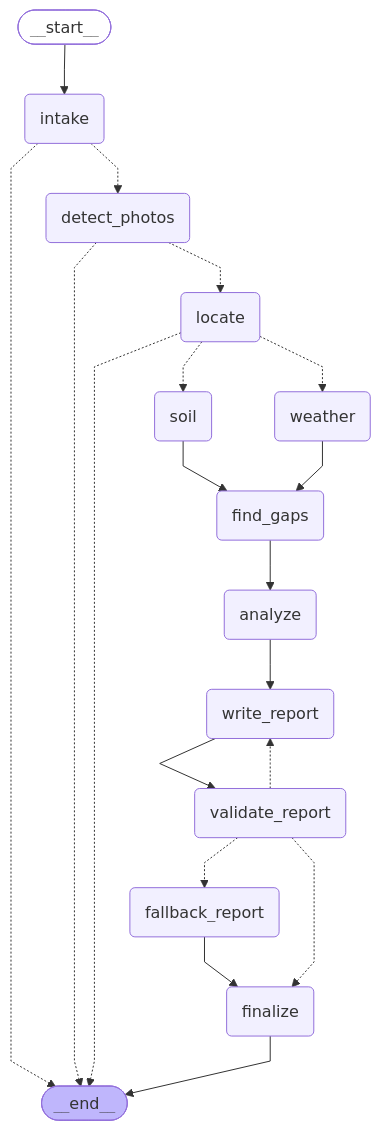
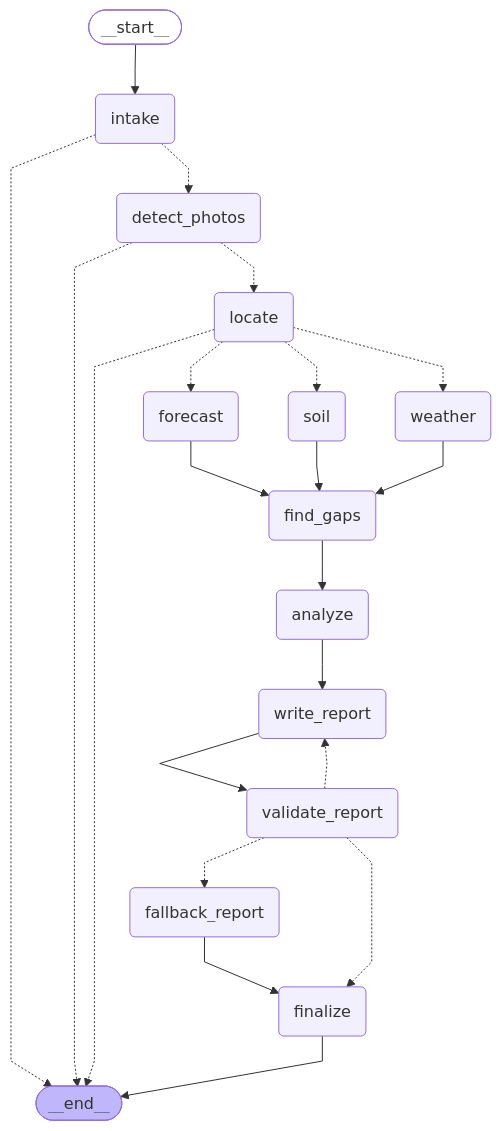
Before and after one commit to srujansrutha/GWD-workflow: the diagram in docs/field_report_graph.mmd, drawn with Mermaid. The commit also changed 10 other files, not shown here.

```diff
--- a/docs/field_report_graph.mmd
+++ b/docs/field_report_graph.mmd
@@ -1,40 +1,43 @@
 ---
 config:
   flowchart:
     curve: linear
 ---
 graph TD;
 	__start__([<p>__start__</p>]):::first
 	intake(intake)
 	detect_photos(detect_photos)
 	locate(locate)
 	weather(weather)
+	forecast(forecast)
 	soil(soil)
 	find_gaps(find_gaps)
 	analyze(analyze)
 	write_report(write_report)
 	validate_report(validate_report)
 	fallback_report(fallback_report)
 	finalize(finalize)
 	__end__([<p>__end__</p>]):::last
 	__start__ --> intake;
 	analyze --> write_report;
 	detect_photos -.-> __end__;
 	detect_photos -.-> locate;
 	fallback_report --> finalize;
 	find_gaps --> analyze;
+	forecast --> find_gaps;
 	intake -.-> __end__;
 	intake -.-> detect_photos;
 	locate -.-> __end__;
+	locate -.-> forecast;
 	locate -.-> soil;
 	locate -.-> weather;
 	soil --> find_gaps;
 	validate_report -.-> fallback_report;
 	validate_report -.-> finalize;
 	validate_report -.-> write_report;
 	weather --> find_gaps;
 	write_report --> validate_report;
 	finalize --> __end__;
 	classDef default fill:#f2f0ff,line-height:1.2
 	classDef first fill-opacity:0
 	classDef last fill:#bfb6fc
```
